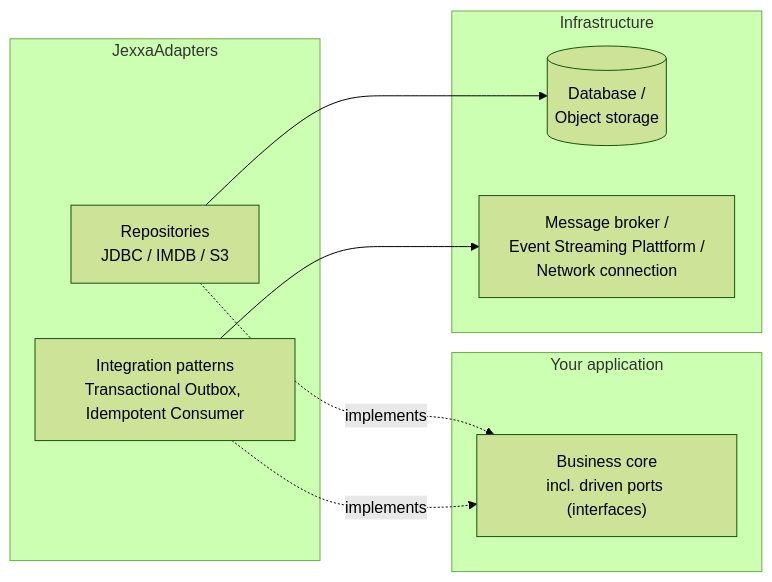
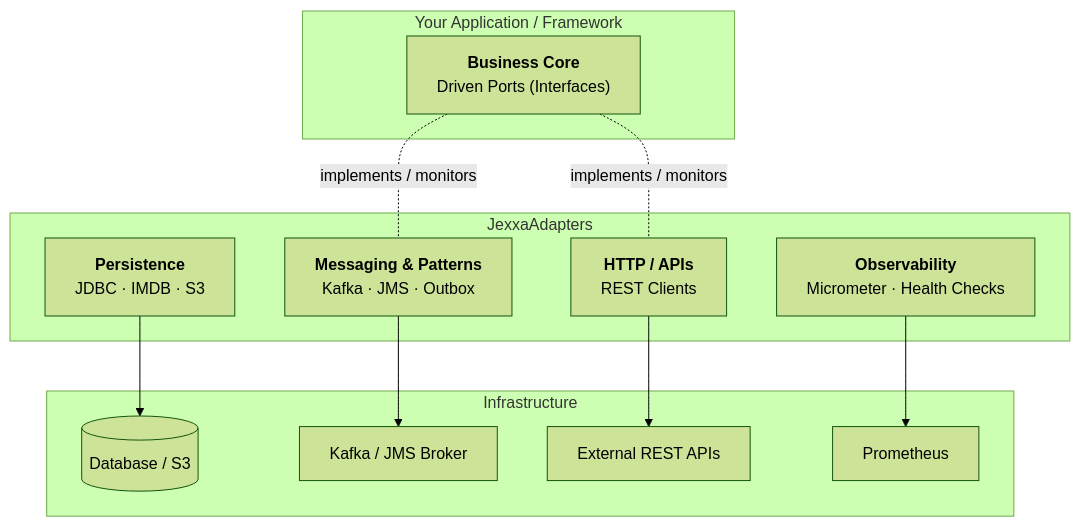
The diagram in README.md (jexxa-projects/JexxaAdapters), drawn with Mermaid (forest theme) before and after one commit. The commit also changed other lines of this file, not shown here.

````diff
--- a/README.md
+++ b/README.md
@@ -145,18 +148,30 @@
 ```mermaid
-flowchart LR
-    subgraph App["Your application"]
-        CORE["Business core<br/>incl. driven ports (interfaces)"]
+flowchart TB
+    subgraph App["Your Application / Framework"]
+        CORE["<b>Business Core</b><br/>Driven Ports (Interfaces)"]
     end
+
     subgraph Adapters["JexxaAdapters"]
-        REPO["Repositories<br/>JDBC / IMDB / S3"]
-        PATTERNS["Integration patterns<br/>Transactional Outbox, Idempotent Consumer"]
+        REPO["<b>Persistence</b><br/>JDBC · IMDB · S3"]
+        MSG["<b>Messaging & Patterns</b><br/>Kafka · JMS · Outbox"]
+        REST["<b>HTTP / APIs</b><br/>REST Clients"]
+        OPS["<b>Observability</b><br/>Micrometer · Health Checks"]
     end
+
     subgraph Infra["Infrastructure"]
-        DB[("Database / \nObject storage")]
-        MQ["Message broker / \nEvent Streaming Plattform / \n Network connection"]
+        DB[("Database / S3")]
+        MQ["Kafka / JMS Broker"]
+        EXT["External REST APIs"]
+        MON["Prometheus"]
     end
-    REPO -.->|implements| CORE
-    PATTERNS -.->|implements| CORE
+
+    CORE <-.-|implements / monitors| MSG
+    CORE <-.-|implements / monitors| REST
+
     REPO --> DB
-    PATTERNS --> MQ
-```
+    MSG --> MQ
+    REST --> EXT
+    OPS --> MON
+
+
+``` 
````
